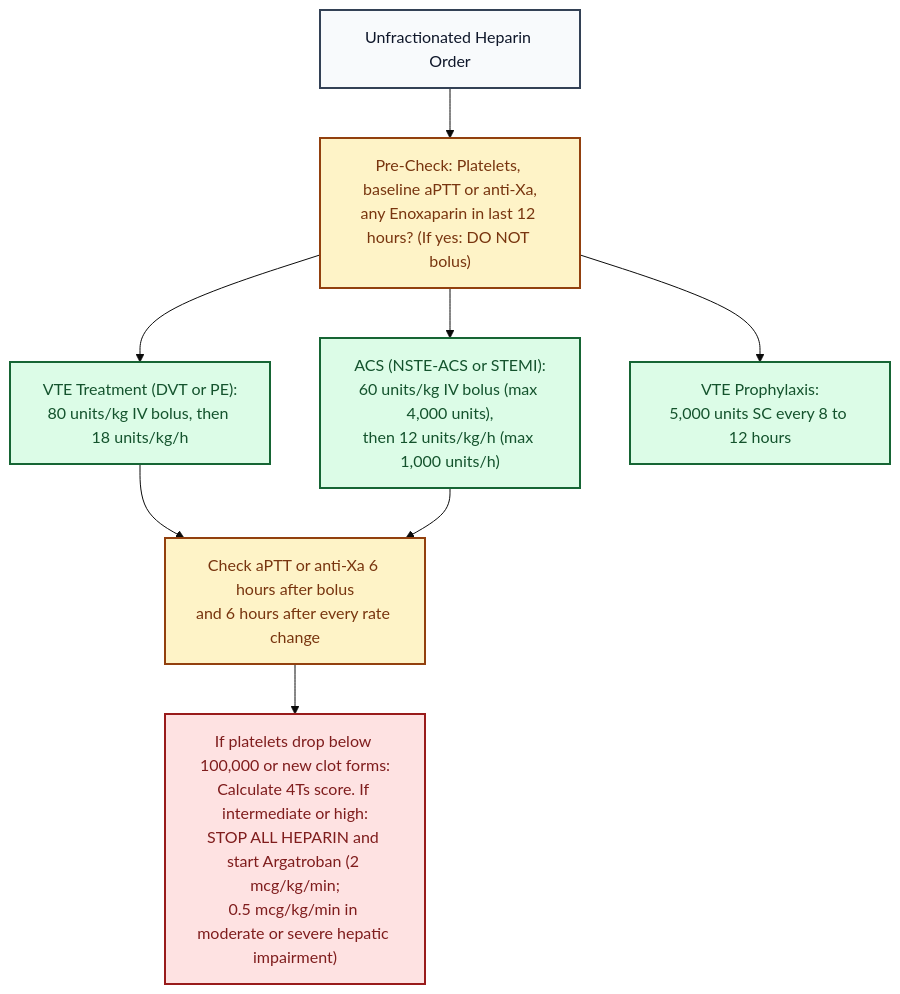
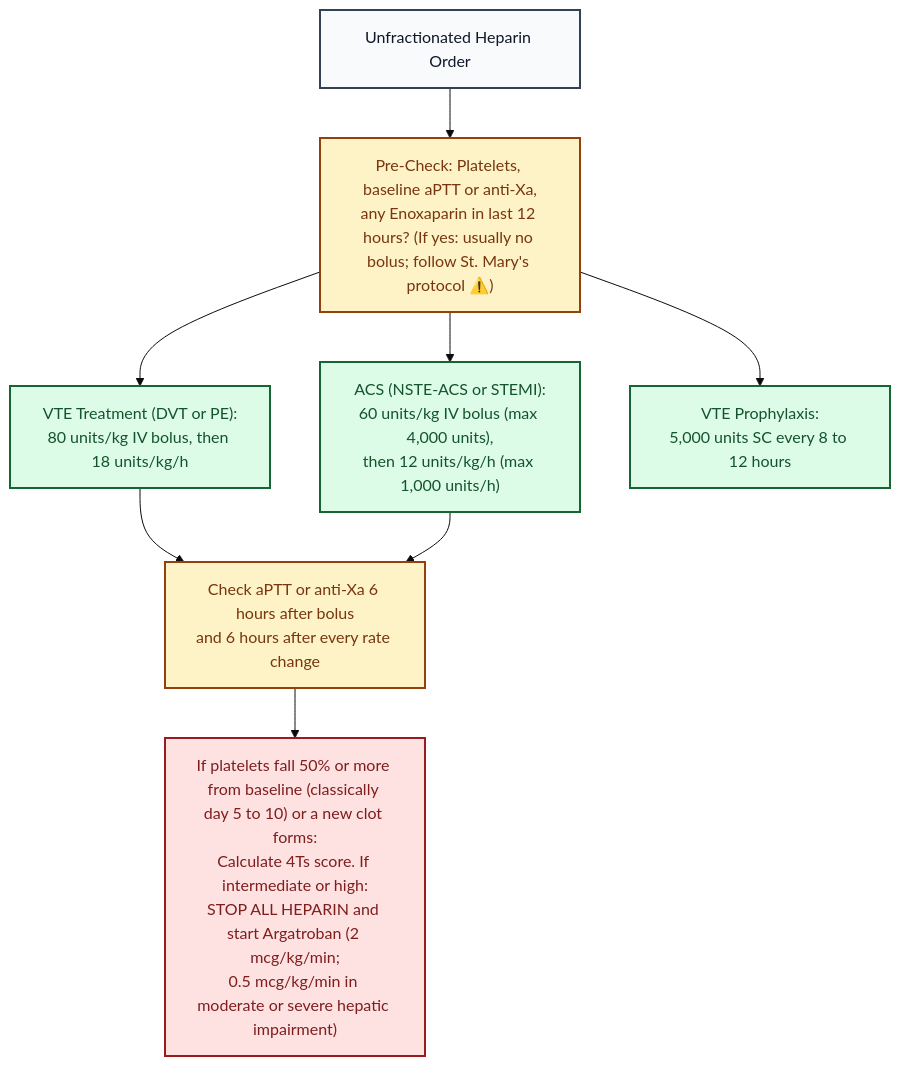
The diagram in src/wiki/drug-hub/monographs/Heparin.md (Shan12377/stmarys-residency-site), drawn with Mermaid (base theme) before and after one commit. The commit also changed 79 other files, not shown here.

````diff
--- a/src/wiki/drug-hub/monographs/Heparin.md
+++ b/src/wiki/drug-hub/monographs/Heparin.md
@@ -29,19 +29,19 @@
 ```mermaid
 flowchart TD
-    START["Unfractionated Heparin Order"] --> CHECK["Pre-Check: Platelets, baseline aPTT or anti-Xa,<br/>any Enoxaparin in last 12 hours? (If yes: DO NOT bolus)"]
+    START["Unfractionated Heparin Order"] --> CHECK["Pre-Check: Platelets, baseline aPTT or anti-Xa,<br/>any Enoxaparin in last 12 hours? (If yes: usually no bolus; follow St. Mary's protocol ⚠️)"]
     CHECK --> VTE["VTE Treatment (DVT or PE):<br/>80 units/kg IV bolus, then 18 units/kg/h"]
     CHECK --> ACS["ACS (NSTE-ACS or STEMI):<br/>60 units/kg IV bolus (max 4,000 units),<br/>then 12 units/kg/h (max 1,000 units/h)"]
     CHECK --> PPX["VTE Prophylaxis:<br/>5,000 units SC every 8 to 12 hours"]
 
     VTE --> MON["Check aPTT or anti-Xa 6 hours after bolus<br/>and 6 hours after every rate change"]
     ACS --> MON
-    MON --> HIT["If platelets drop below 100,000 or new clot forms:<br/>Calculate 4Ts score. If intermediate or high:<br/>STOP ALL HEPARIN and start Argatroban (2 mcg/kg/min;<br/>0.5 mcg/kg/min in moderate or severe hepatic impairment)"]
+    MON --> HIT["If platelets fall 50% or more from baseline (classically day 5 to 10) or a new clot forms:<br/>Calculate 4Ts score. If intermediate or high:<br/>STOP ALL HEPARIN and start Argatroban (2 mcg/kg/min;<br/>0.5 mcg/kg/min in moderate or severe hepatic impairment)"]
 
     style START fill:#f8fafc,stroke:#334155,color:#0f172a,stroke-width:2px
     style CHECK fill:#fef3c7,stroke:#92400e,color:#78350f,stroke-width:2px
     style VTE fill:#dcfce7,stroke:#166534,color:#14532d,stroke-width:2px
     style ACS fill:#dcfce7,stroke:#166534,color:#14532d,stroke-width:2px
     style PPX fill:#dcfce7,stroke:#166534,color:#14532d,stroke-width:2px
     style MON fill:#fef3c7,stroke:#92400e,color:#78350f,stroke-width:2px
     style HIT fill:#fee2e2,stroke:#991b1b,color:#7f1d1d,stroke-width:2px
 ```
````
